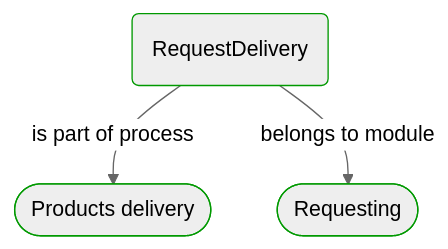
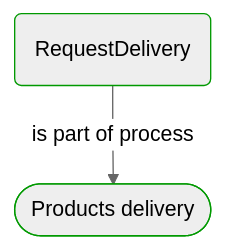
One commit to itlibrium/DDD-starter-dotnet changed the first of 3 diagrams in Docs/P3/MermaidOutput/ProcessSteps/Sale/Products delivery/RequestDelivery.md. Above: the diagram before and after it, drawn with Mermaid (neutral theme). The commit also changed other lines of this file and 174 other files, not shown here.

````diff
--- a/Docs/P3/MermaidOutput/ProcessSteps/Sale/Products delivery/RequestDelivery.md
+++ b/Docs/P3/MermaidOutput/ProcessSteps/Sale/Products delivery/RequestDelivery.md
@@ -20,14 +20,11 @@
 ```mermaid
   flowchart TB
     0(RequestDelivery)
     class 0 DomainPerspective
     1([Products delivery])
     class 1 DomainPerspective
     0-->|is part of process|1
-    2([Requesting])
-    class 2 DomainPerspective
-    0-->|belongs to module|2
     classDef DomainPerspective stroke:#009900
     classDef TechnologyPerspective stroke:#1F41EB
     classDef PeoplePerspective stroke:#FFF014
 ```
````
